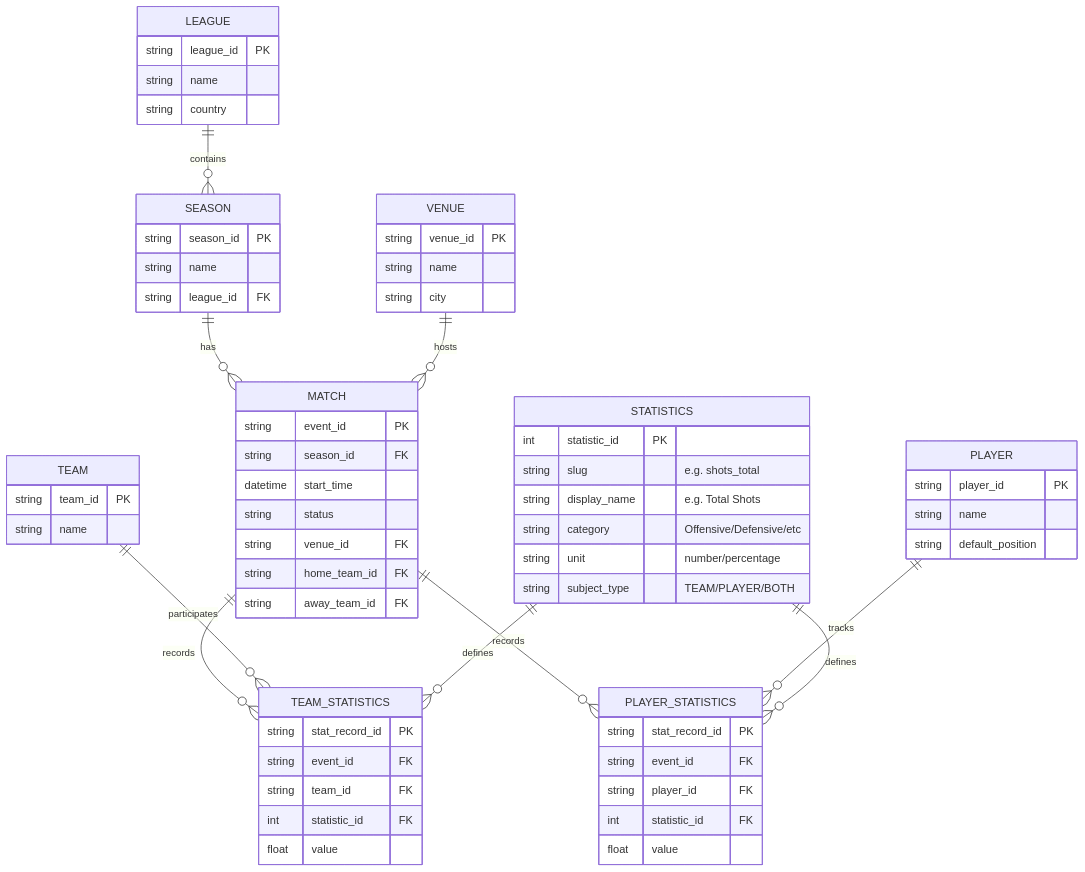
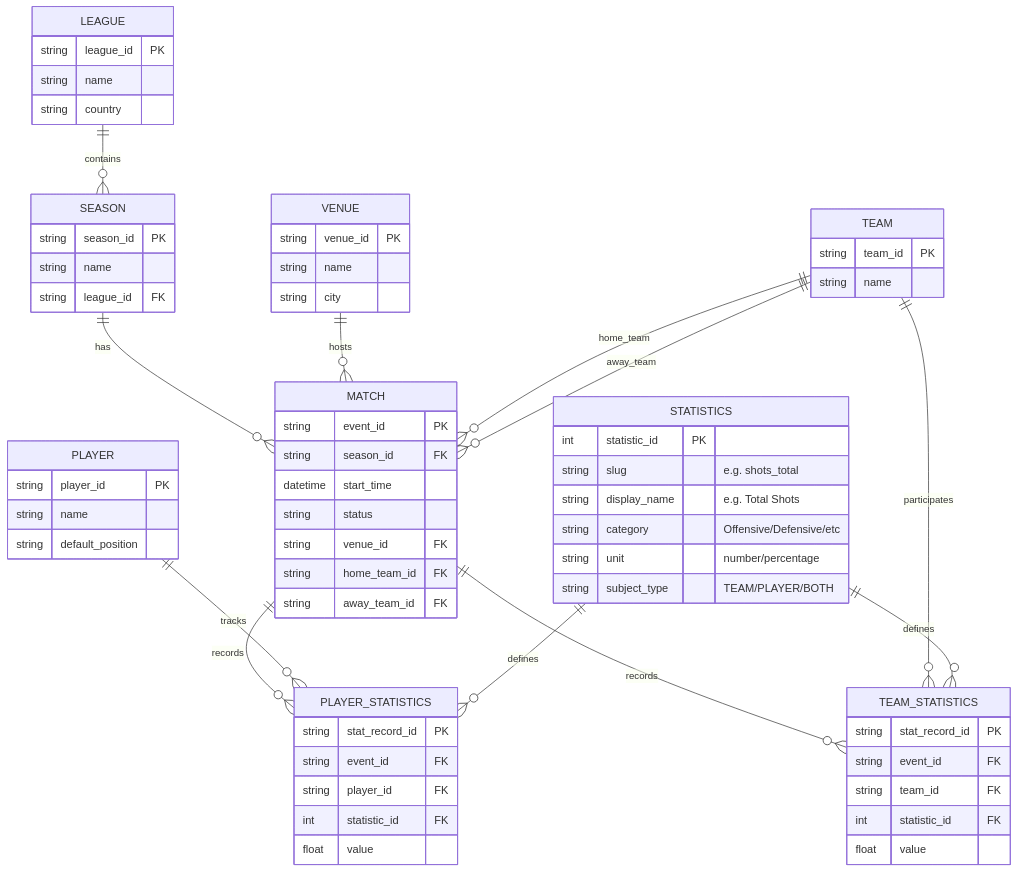
One commit to easyAppsRepos/grupo_2_trabajo_SGBD changed the diagram in README.md. Above: the diagram before and after it, drawn with Mermaid.

Commit message:
agregar flecha team match

````diff
--- a/README.md
+++ b/README.md
@@ -9,76 +9,78 @@
 ```mermaid
 erDiagram
     LEAGUE ||--o{ SEASON : "contains"
     SEASON ||--o{ MATCH : "has"
     VENUE ||--o{ MATCH : "hosts"
+    TEAM ||--o{ MATCH : "home_team"
+    TEAM ||--o{ MATCH : "away_team"
     MATCH ||--o{ TEAM_STATISTICS : "records"
     TEAM ||--o{ TEAM_STATISTICS : "participates"
     MATCH ||--o{ PLAYER_STATISTICS : "records"
     PLAYER ||--o{ PLAYER_STATISTICS : "tracks"
     STATISTICS ||--o{ TEAM_STATISTICS : "defines"
     STATISTICS ||--o{ PLAYER_STATISTICS : "defines"
 
     LEAGUE {
         string league_id PK
         string name
         string country
     }
 
     SEASON {
         string season_id PK
         string name
         string league_id FK
     }
 
     VENUE {
         string venue_id PK
         string name
         string city
     }
 
     TEAM {
         string team_id PK
         string name
     }
 
     PLAYER {
         string player_id PK
         string name
         string default_position
     }
 
     MATCH {
         string event_id PK
         string season_id FK
         datetime start_time
         string status
         string venue_id FK
         string home_team_id FK
         string away_team_id FK
     }
 
     STATISTICS {
         int statistic_id PK
         string slug "e.g. shots_total"
         string display_name "e.g. Total Shots"
         string category "Offensive/Defensive/etc"
         string unit "number/percentage"
         string subject_type "TEAM/PLAYER/BOTH"
     }
 
     TEAM_STATISTICS {
         string stat_record_id PK
         string event_id FK
         string team_id FK
         int statistic_id FK
         float value
     }
 
     PLAYER_STATISTICS {
         string stat_record_id PK
         string event_id FK
         string player_id FK
         int statistic_id FK
         float value
     }
 ```
````
